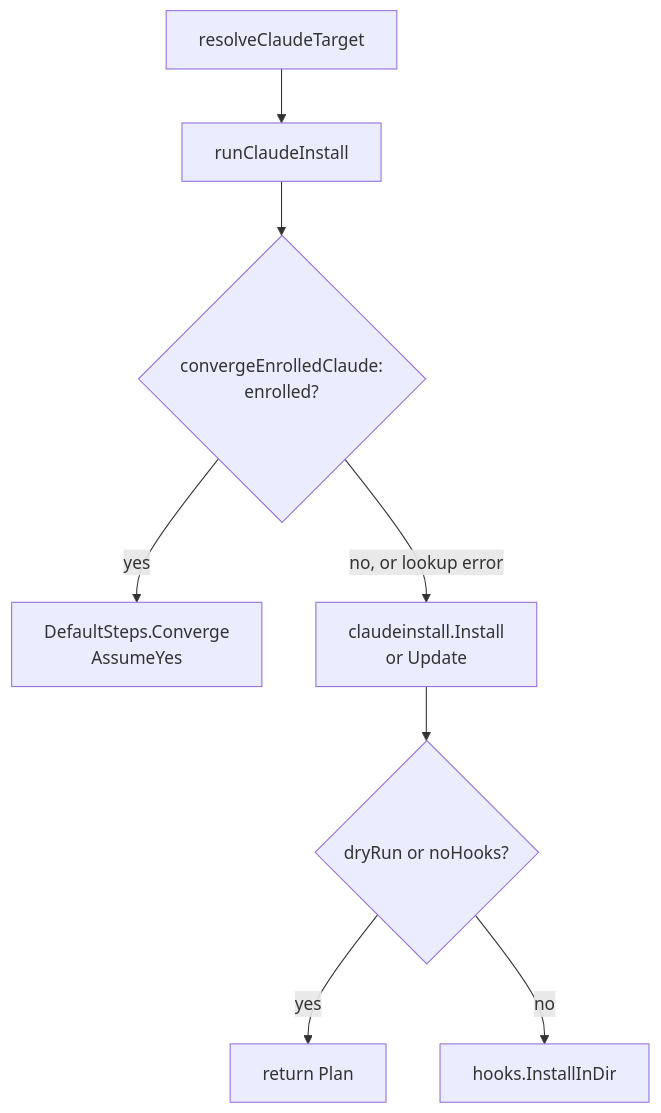
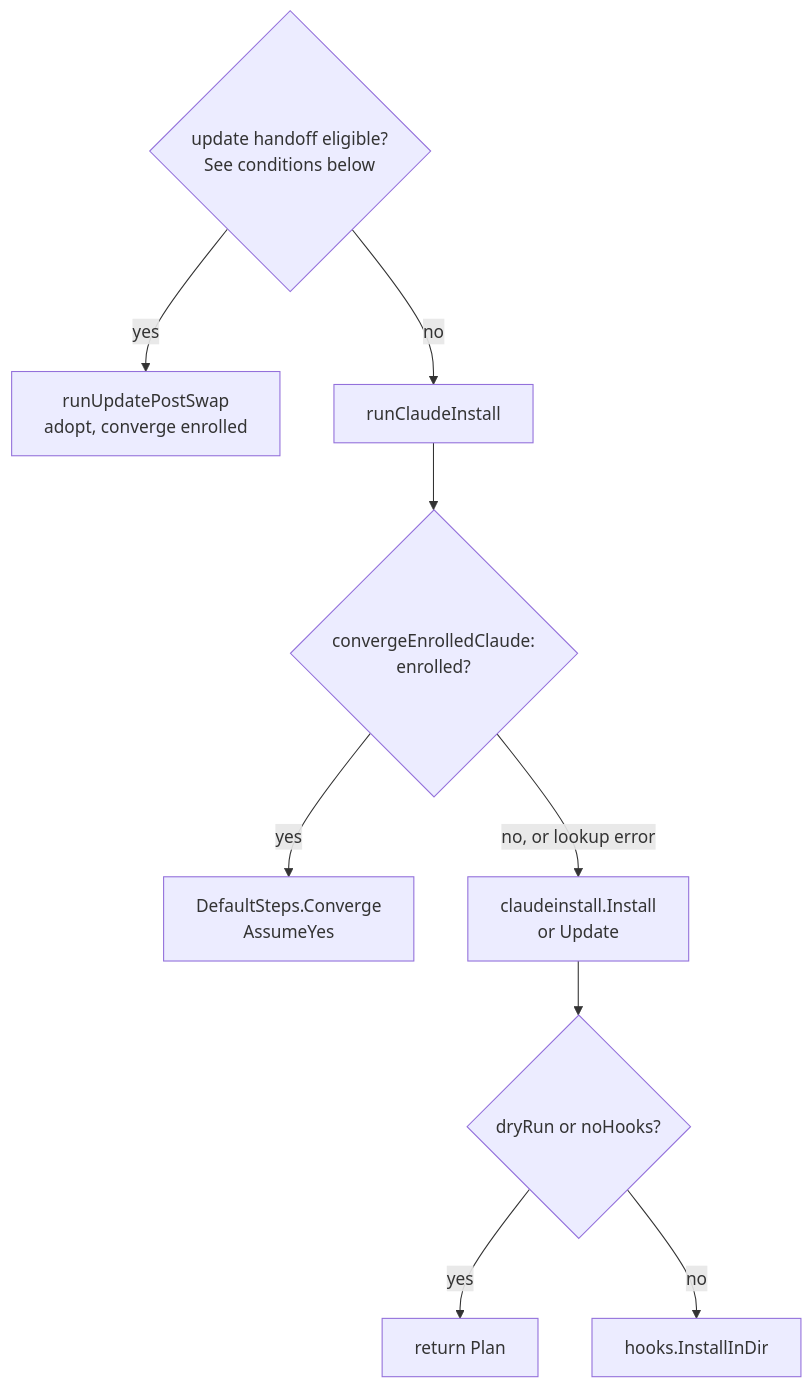
The second of 5 diagrams in docs/wiki/bundle.md (damusix/atomic-claude), drawn with Mermaid before and after one commit. The commit also changed other lines of this file and 14 other files, not shown here.

````diff
--- a/docs/wiki/bundle.md
+++ b/docs/wiki/bundle.md
@@ -140,11 +140,12 @@
 ```mermaid
 flowchart TD
-    %% source: atomic/cmd/atomic/cmd_claude.go
-    T["resolveClaudeTarget"] --> R["runClaudeInstall"]
+    %% source: atomic/cmd/atomic/cmd_claude.go, atomic/cmd/atomic/cmd_update.go
+    A{"update handoff eligible?<br/>See conditions below"} -->|yes| P["runUpdatePostSwap<br/>adopt, converge enrolled"]
+    A -->|no| R["runClaudeInstall"]
     R --> E{"convergeEnrolledClaude:<br/>enrolled?"}
     E -->|yes| C["DefaultSteps.Converge<br/>AssumeYes"]
     E -->|"no, or lookup error"| L["claudeinstall.Install<br/>or Update"]
     L --> D{"dryRun or noHooks?"}
     D -->|yes| OUT["return Plan"]
     D -->|no| H["hooks.InstallInDir"]
 ```
````
